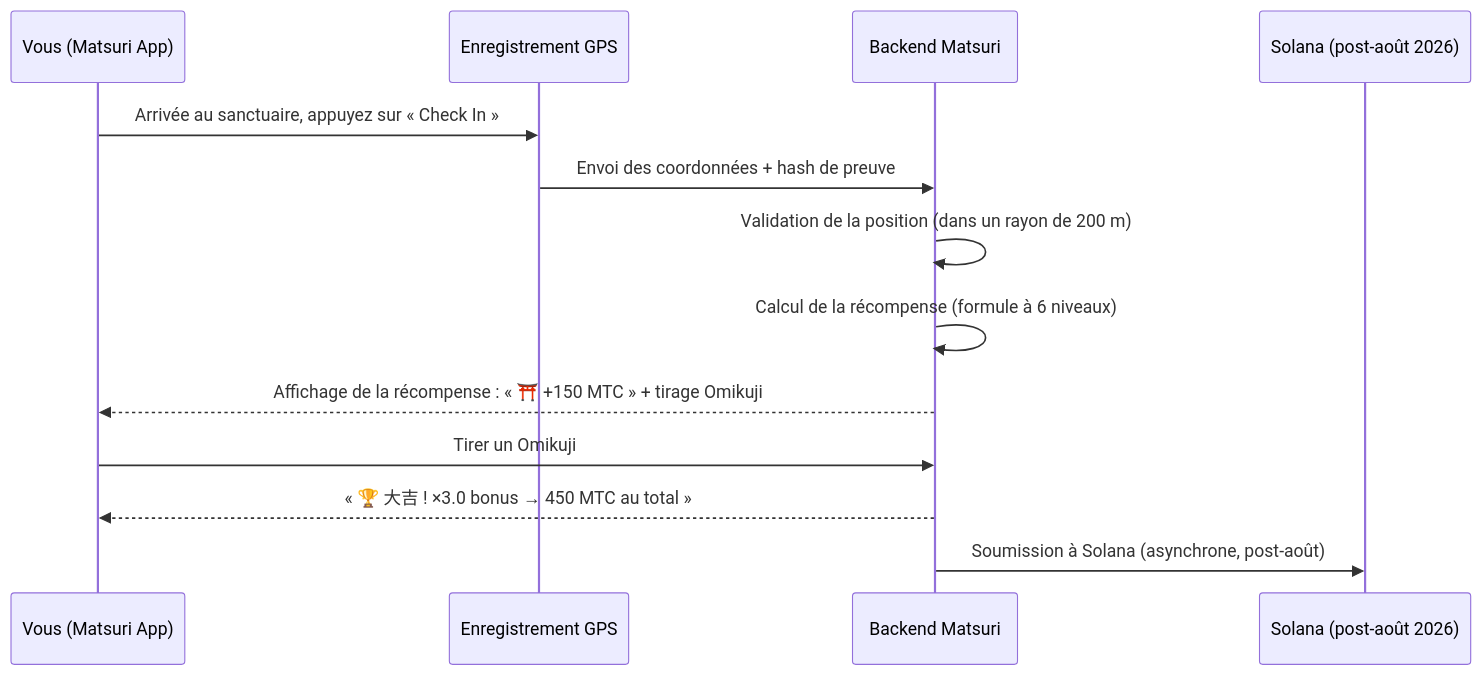
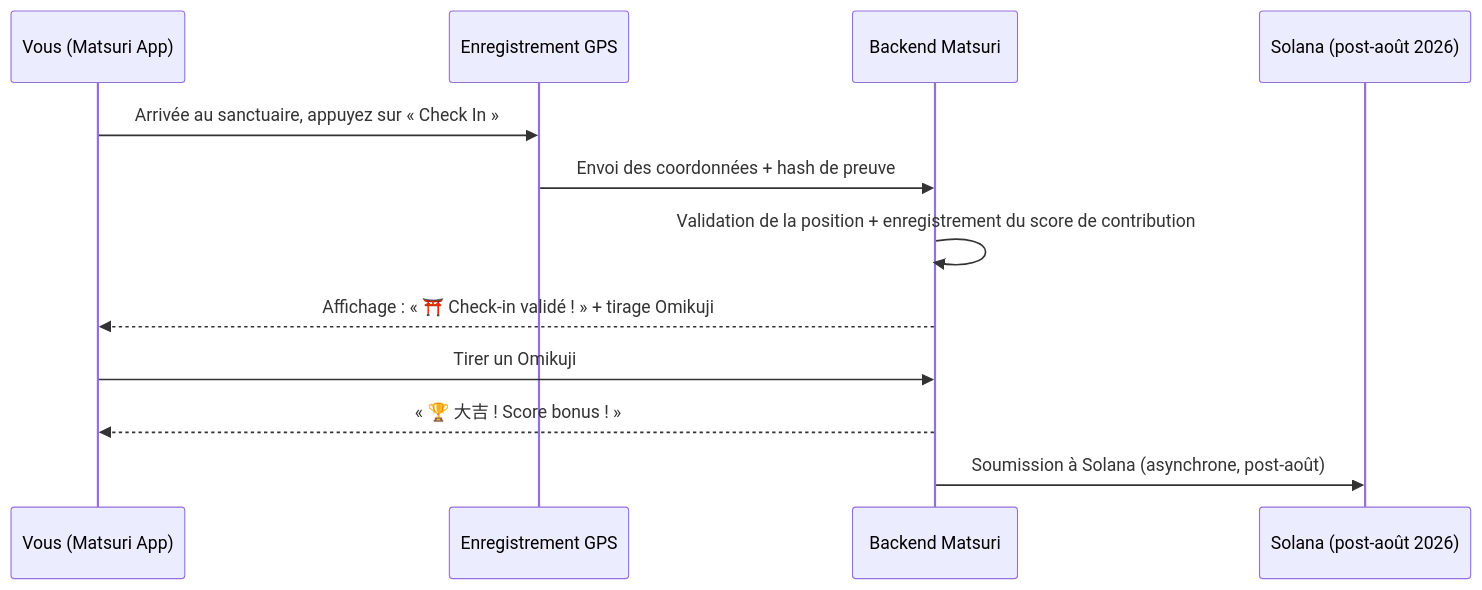
Before and after one commit to Cootakahashi/matsuri-dao-whitepaper: the second of 3 diagrams in i18n/fr/docusaurus-plugin-content-docs/current/04b-how-to-earn.md, drawn with Mermaid. The commit also changed other lines of this file and 51 other files, not shown here.

````diff
--- a/i18n/fr/docusaurus-plugin-content-docs/current/04b-how-to-earn.md
+++ b/i18n/fr/docusaurus-plugin-content-docs/current/04b-how-to-earn.md
@@ -76,16 +76,15 @@
 ```mermaid
 sequenceDiagram
     participant U as Vous (Matsuri App)
     participant GPS as Enregistrement GPS
     participant API as Backend Matsuri
     participant SC as Solana (post-août 2026)
 
     U->>GPS: Arrivée au sanctuaire, appuyez sur « Check In »
     GPS->>API: Envoi des coordonnées + hash de preuve
-    API->>API: Validation de la position (dans un rayon de 200 m)
-    API->>API: Calcul de la récompense (formule à 6 niveaux)
-    API-->>U: Affichage de la récompense : « ⛩️ +150 MTC » + tirage Omikuji
+    API->>API: Validation de la position + enregistrement du score de contribution
+    API-->>U: Affichage : « ⛩️ Check-in validé ! » + tirage Omikuji
     U->>API: Tirer un Omikuji
-    API-->>U: « 🏆 大吉 ! ×3.0 bonus → 450 MTC au total »
+    API-->>U: « 🏆 大吉 ! Score bonus ! »
     API->>SC: Soumission à Solana (asynchrone, post-août)
 ```
````
